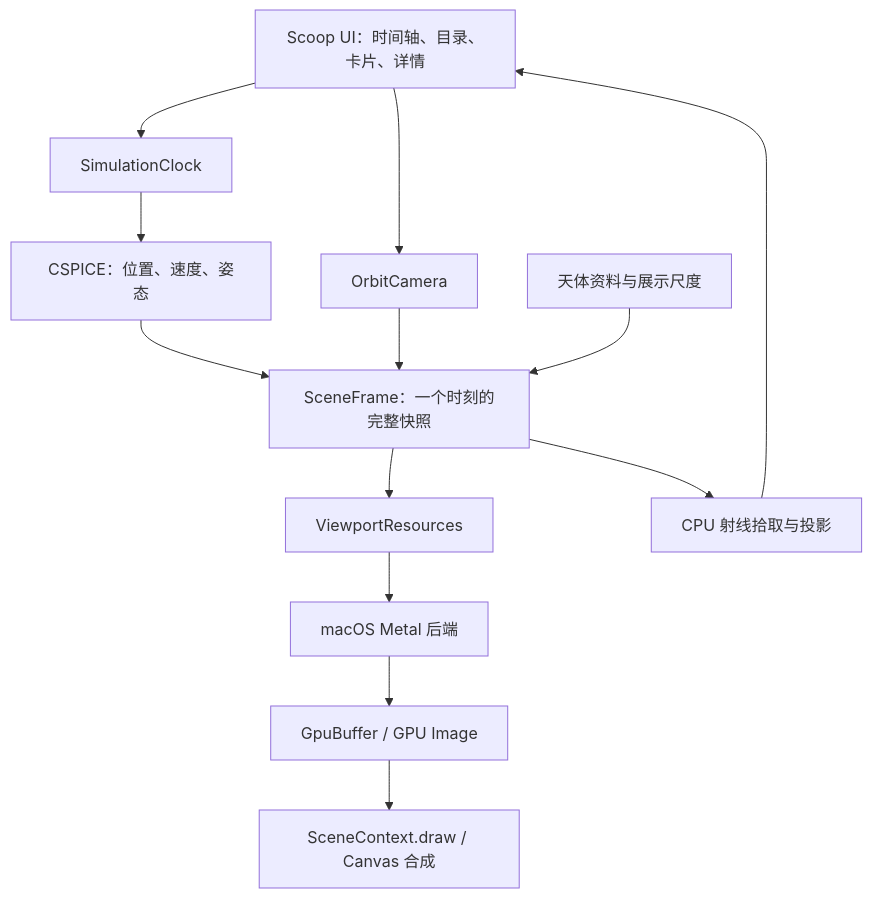
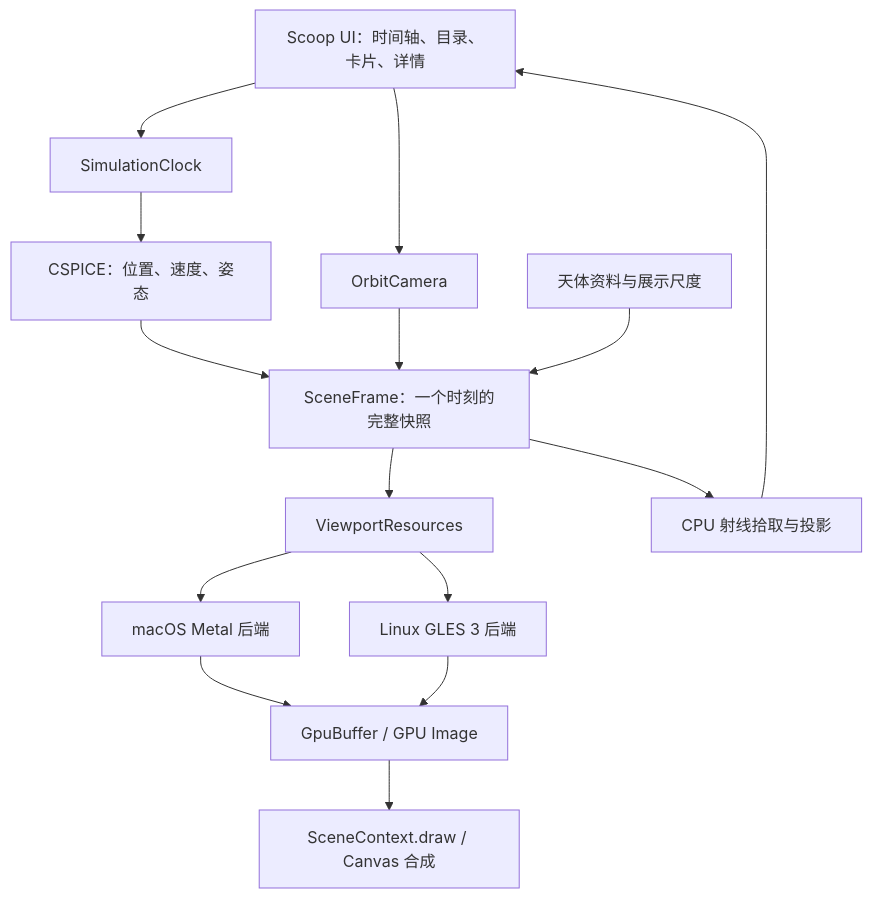
The diagram in docs/DESIGN.md (scoop-lang/scoop-solar-system), drawn with Mermaid before and after one commit. The commit also changed other lines of this file and 23 other files, not shown here.

````diff
--- a/docs/DESIGN.md
+++ b/docs/DESIGN.md
@@ -194,15 +195,17 @@
 ```mermaid
 flowchart TD
     UI[Scoop UI：时间轴、目录、卡片、详情] --> Clock[SimulationClock]
     UI --> Camera[OrbitCamera]
     Clock --> Astronomy[CSPICE：位置、速度、姿态]
     Astronomy --> Frame[SceneFrame：一个时刻的完整快照]
     Camera --> Frame
     Catalog[天体资料与展示尺度] --> Frame
     Frame --> Renderer[ViewportResources]
     Renderer --> Metal[macOS Metal 后端]
+    Renderer --> GLES[Linux GLES 3 后端]
     Metal --> Buffer[GpuBuffer / GPU Image]
+    GLES --> Buffer
     Buffer --> Canvas[SceneContext.draw / Canvas 合成]
     Frame --> Picking[CPU 射线拾取与投影]
     Picking --> UI
 ```
````
